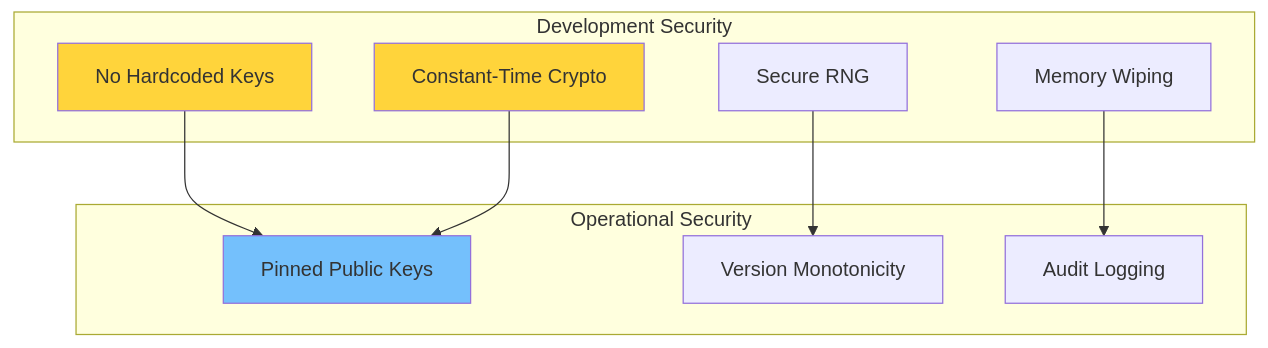
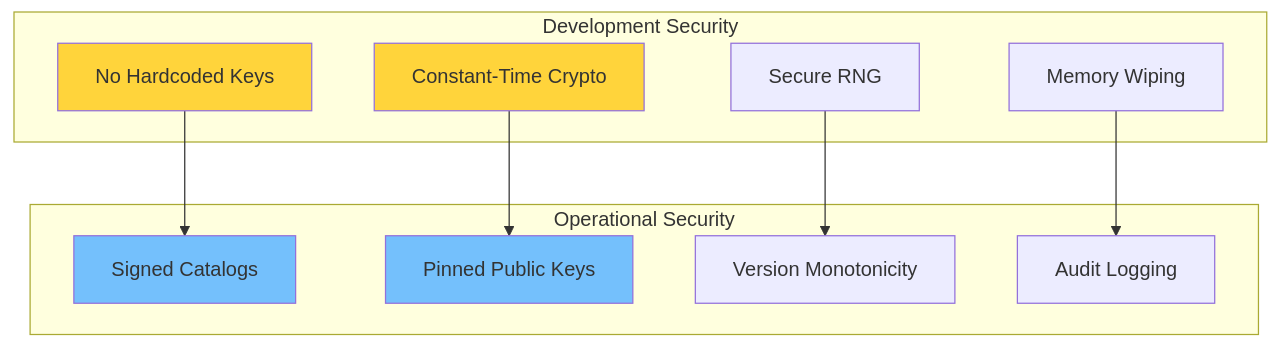
Before and after one commit to QW1CKS/qnet: diagram 12 of 15 in README.md, drawn with Mermaid. The commit also changed other lines of this file and 5 other files, not shown here.

````diff
--- a/README.md
+++ b/README.md
@@ -591,24 +599,26 @@
 ```mermaid
 graph TB
     subgraph "Development Security"
         S1[No Hardcoded Keys]
         S2[Constant-Time Crypto]
         S3[Secure RNG]
         S4[Memory Wiping]
     end
     
     subgraph "Operational Security"
+        S5[Signed Catalogs]
         S6[Pinned Public Keys]
         S7[Version Monotonicity]
         S8[Audit Logging]
     end
     
-    S1 --> S6
+    S1 --> S5
     S2 --> S6
     S3 --> S7
     S4 --> S8
     
     style S1 fill:#ffd43b
     style S2 fill:#ffd43b
+    style S5 fill:#74c0fc
     style S6 fill:#74c0fc
 ```
````
